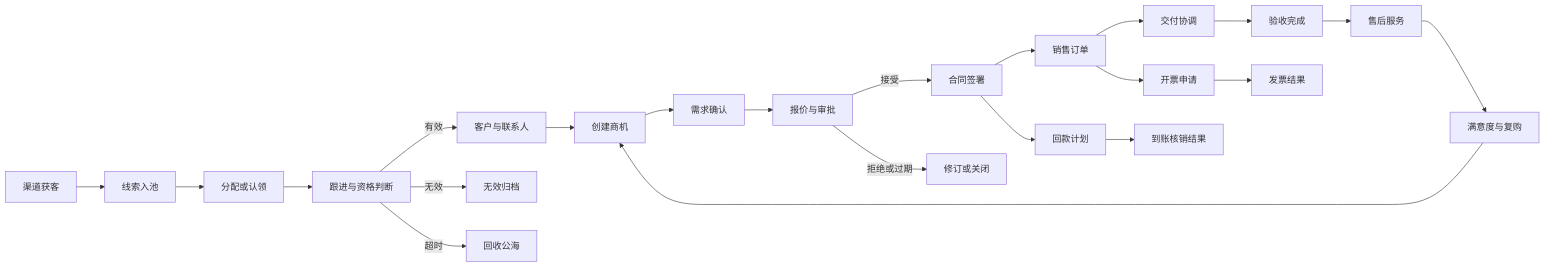
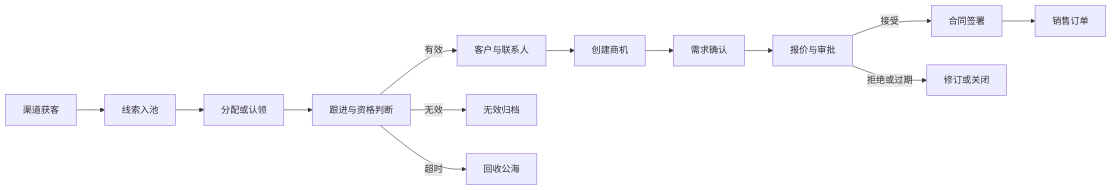
The first of 9 diagrams in 智能CRM系统整体闭环流程文档.md (Squirtles331/AiCRM), drawn with Mermaid before and after one commit. The commit also changed other lines of this file and 7 other files, not shown here.

````diff
--- a/智能CRM系统整体闭环流程文档.md
+++ b/智能CRM系统整体闭环流程文档.md
@@ -84,24 +78,15 @@
 ```mermaid
 flowchart LR
     A[渠道获客] --> B[线索入池]
     B --> C[分配或认领]
     C --> D[跟进与资格判断]
     D -->|有效| E[客户与联系人]
     D -->|无效| B1[无效归档]
     D -->|超时| B2[回收公海]
     E --> F[创建商机]
     F --> G[需求确认]
     G --> H[报价与审批]
     H -->|接受| I[合同签署]
     H -->|拒绝或过期| H1[修订或关闭]
     I --> J[销售订单]
-    J --> K[交付协调]
-    K --> L[验收完成]
-    I --> M[回款计划]
-    M --> N[到账核销结果]
-    J --> O[开票申请]
-    O --> P[发票结果]
-    L --> Q[售后服务]
-    Q --> R[满意度与复购]
-    R --> F
 ```
````
